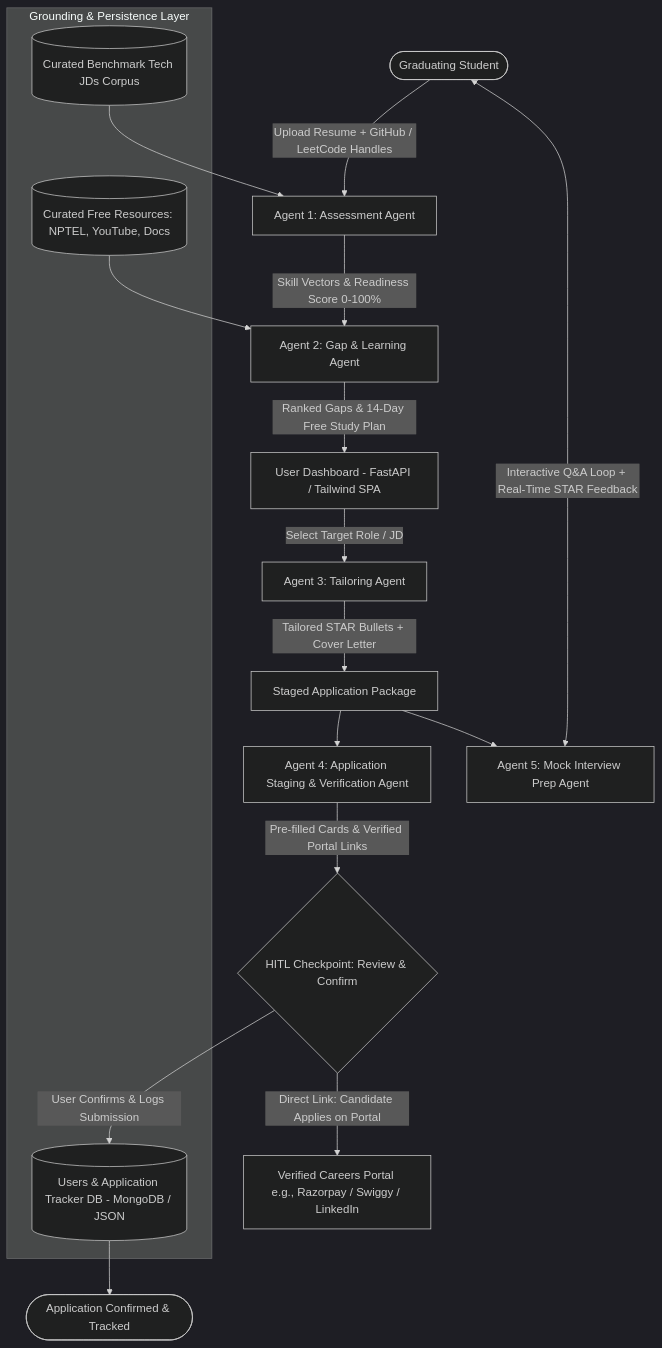
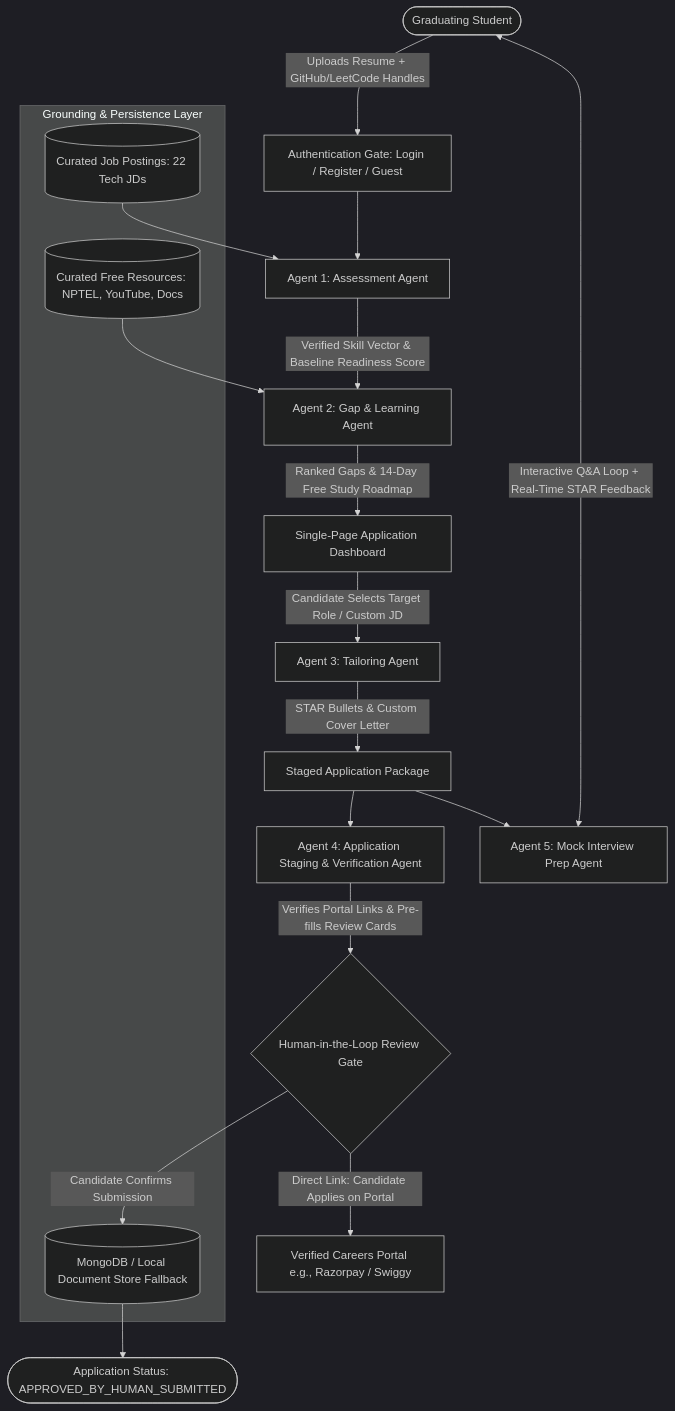
One commit to anvitha-45/careerpilot changed the first of 2 diagrams in SYSTEM_DESIGN.md. Above: the diagram before and after it, drawn with Mermaid (dark theme). The commit also changed other lines of this file and 8 other files, not shown here.

````diff
--- a/SYSTEM_DESIGN.md
+++ b/SYSTEM_DESIGN.md
@@ -23,29 +24,30 @@
 ```mermaid
 flowchart TD
-    User([Graduating Student]) -->|Upload Resume + GitHub / LeetCode Handles| A1[Agent 1: Assessment Agent]
+    User([Graduating Student]) -->|Uploads Resume + GitHub/LeetCode Handles| Auth[Authentication Gate: Login / Register / Guest]
+    Auth --> A1[Agent 1: Assessment Agent]
 
     subgraph Grounding & Persistence Layer
-        JDs[(Curated Benchmark Tech JDs Corpus)]
+        JDs[(Curated Job Postings: 22 Tech JDs)]
         Res[(Curated Free Resources: NPTEL, YouTube, Docs)]
-        UserDB[(Users & Application Tracker DB - MongoDB / JSON)]
+        UserDB[(MongoDB / Local Document Store Fallback)]
     end
 
     JDs --> A1
-    A1 -->|Skill Vectors & Readiness Score 0-100%| A2[Agent 2: Gap & Learning Agent]
+    A1 -->|Verified Skill Vector & Baseline Readiness Score| A2[Agent 2: Gap & Learning Agent]
     Res --> A2
 
-    A2 -->|Ranked Gaps & 14-Day Free Study Plan| Dashboard[User Dashboard - FastAPI / Tailwind SPA]
+    A2 -->|Ranked Gaps & 14-Day Free Study Roadmap| UI[Single-Page Application Dashboard]
 
-    Dashboard -->|Select Target Role / JD| A3[Agent 3: Tailoring Agent]
-    A3 -->|Tailored STAR Bullets + Cover Letter| StagedPayload[Staged Application Package]
+    UI -->|Candidate Selects Target Role / Custom JD| A3[Agent 3: Tailoring Agent]
+    A3 -->|STAR Bullets & Custom Cover Letter| Package[Staged Application Package]
 
-    StagedPayload --> A4[Agent 4: Application Staging & Verification Agent]
-    A4 -->|Pre-filled Cards & Verified Portal Links| HITL{HITL Checkpoint: Review & Confirm}
+    Package --> A4[Agent 4: Application Staging & Verification Agent]
+    A4 -->|Verifies Portal Links & Pre-fills Review Cards| HITL{Human-in-the-Loop Review Gate}
 
-    HITL -->|Direct Link: Candidate Applies on Portal| Portal[Verified Careers Portal e.g., Razorpay / Swiggy / LinkedIn]
-    HITL -->|User Confirms & Logs Submission| UserDB
-    UserDB --> Submitted([Application Confirmed & Tracked])
+    HITL -->|Direct Link: Candidate Applies on Portal| Portal[Verified Careers Portal e.g., Razorpay / Swiggy]
+    HITL -->|Candidate Confirms Submission| UserDB
+    UserDB --> Tracked([Application Status: APPROVED_BY_HUMAN_SUBMITTED])
 
-    StagedPayload --> A5[Agent 5: Mock Interview Prep Agent]
+    Package --> A5[Agent 5: Mock Interview Prep Agent]
     A5 <-->|Interactive Q&A Loop + Real-Time STAR Feedback| User
 ```
````
